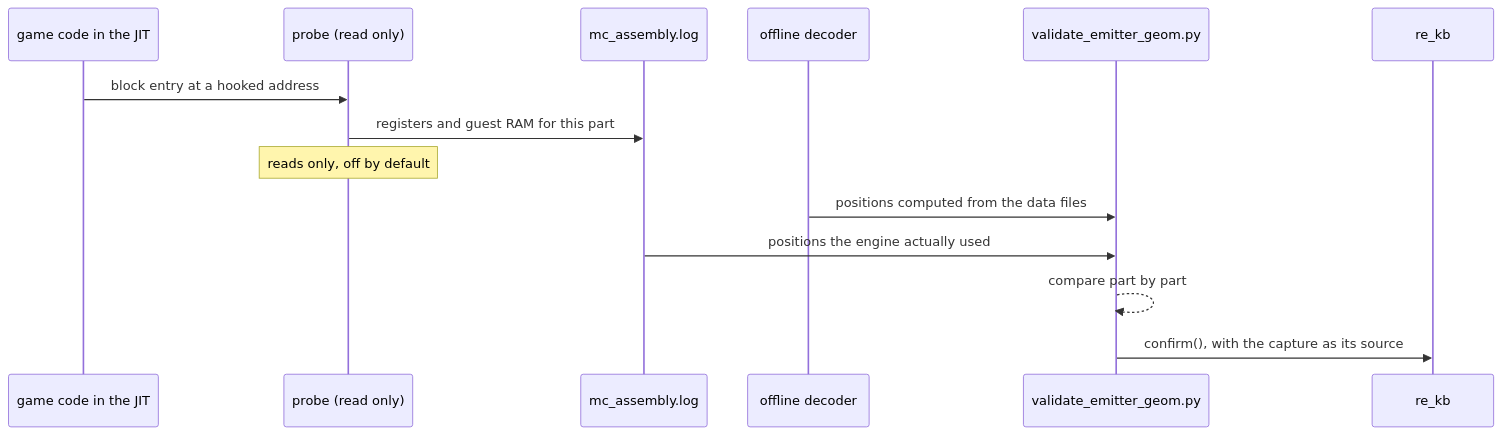
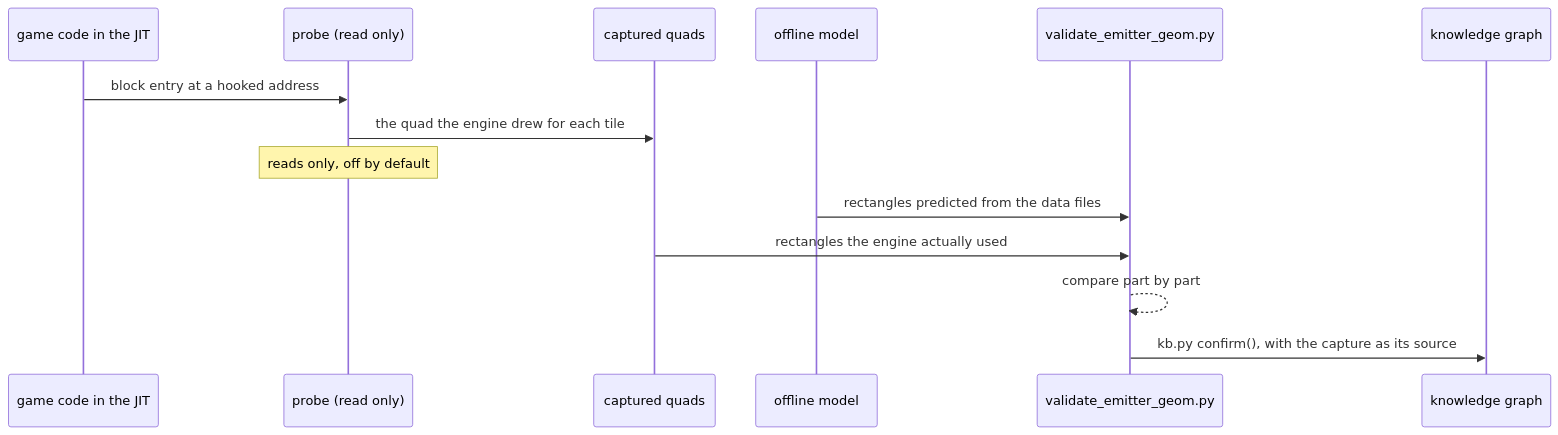
One commit to t3chnicallyinclined/mvc2-oracle changed the second of 2 diagrams in docs/FLOORPLAN.md. Above: the diagram before and after it, drawn with Mermaid. The commit also changed other lines of this file, not shown here.

````diff
--- a/docs/FLOORPLAN.md
+++ b/docs/FLOORPLAN.md
@@ -97,17 +99,17 @@
 ```mermaid
 sequenceDiagram
   participant Game as game code in the JIT
   participant Hook as probe (read only)
-  participant Log as mc_assembly.log
-  participant Dec as offline decoder
+  participant Cap as captured quads
+  participant Dec as offline model
   participant Chk as validate_emitter_geom.py
-  participant KB as re_kb
+  participant KB as knowledge graph
 
   Game->>Hook: block entry at a hooked address
-  Hook->>Log: registers and guest RAM for this part
+  Hook->>Cap: the quad the engine drew for each tile
   Note over Hook: reads only, off by default
-  Dec->>Chk: positions computed from the data files
-  Log->>Chk: positions the engine actually used
+  Dec->>Chk: rectangles predicted from the data files
+  Cap->>Chk: rectangles the engine actually used
   Chk-->>Chk: compare part by part
-  Chk->>KB: confirm(), with the capture as its source
+  Chk->>KB: kb.py confirm(), with the capture as its source
 ```
````
